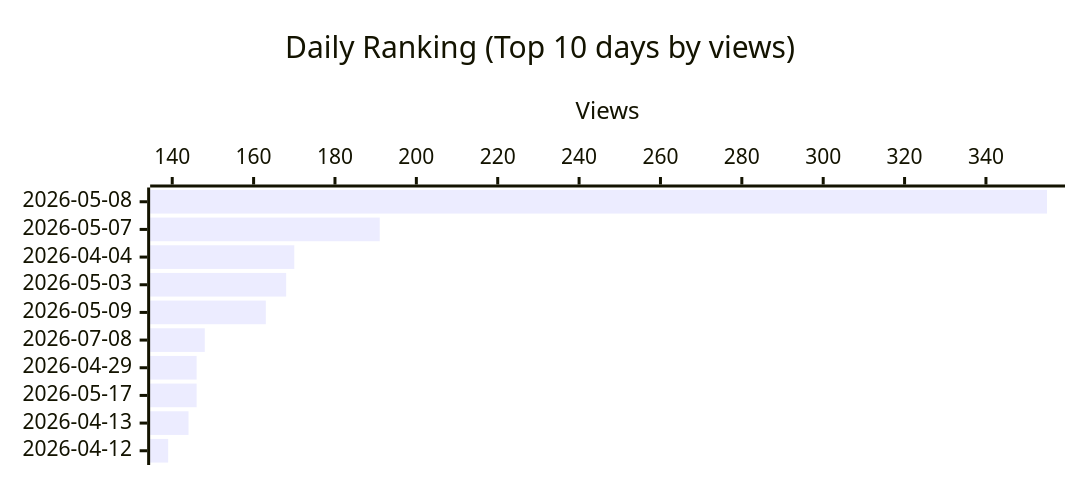
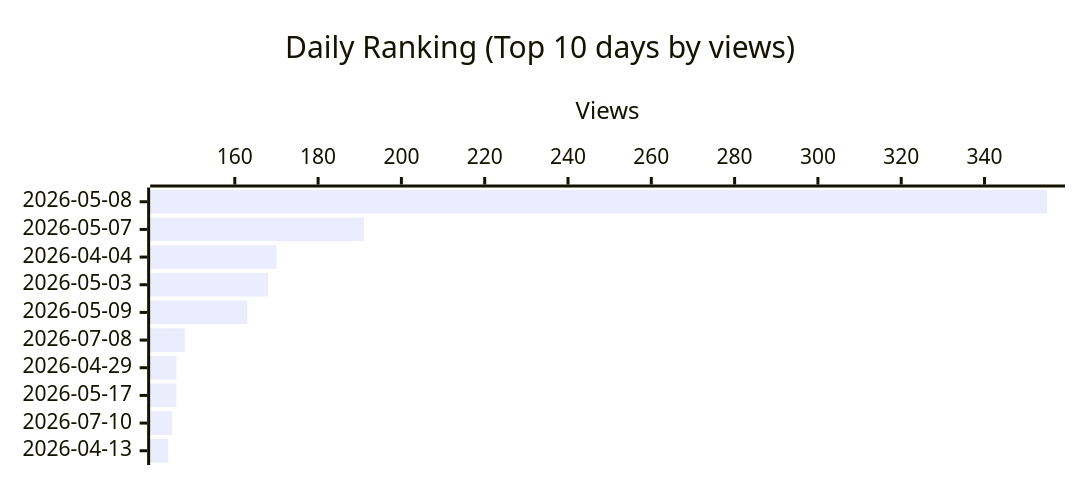
One commit to shigechika/github-insights changed the third of 4 diagrams in README.md. Above: the diagram before and after it, drawn with Mermaid. The commit also changed other lines of this file and 2 other files, not shown here.

````diff
--- a/README.md
+++ b/README.md
@@ -43,12 +43,12 @@
 ```mermaid
 ---
 config:
   xyChart:
     height: 300
 ---
 xychart-beta horizontal
     title "Daily Ranking (Top 10 days by views)"
-    x-axis ["2026-05-08", "2026-05-07", "2026-04-04", "2026-05-03", "2026-05-09", "2026-07-08", "2026-04-29", "2026-05-17", "2026-04-13", "2026-04-12"]
+    x-axis ["2026-05-08", "2026-05-07", "2026-04-04", "2026-05-03", "2026-05-09", "2026-07-08", "2026-04-29", "2026-05-17", "2026-07-10", "2026-04-13"]
     y-axis "Views"
-    bar [355, 191, 170, 168, 163, 148, 146, 146, 144, 139]
+    bar [355, 191, 170, 168, 163, 148, 146, 146, 145, 144]
 ```
````
